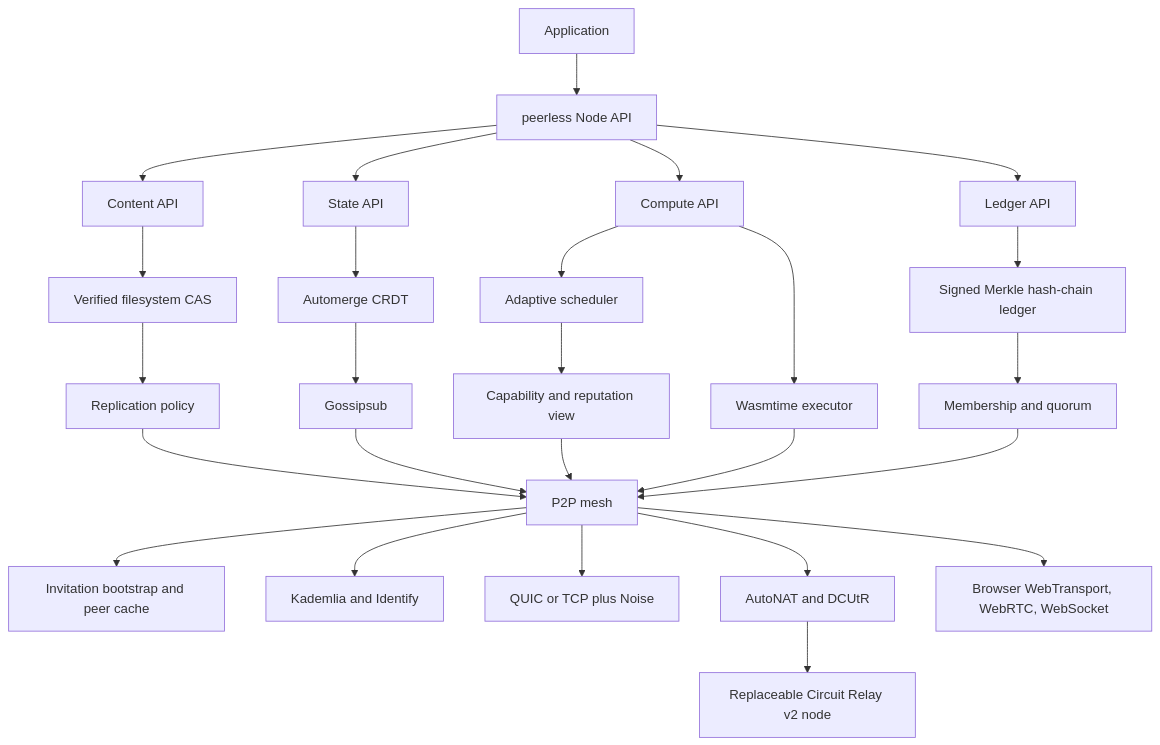
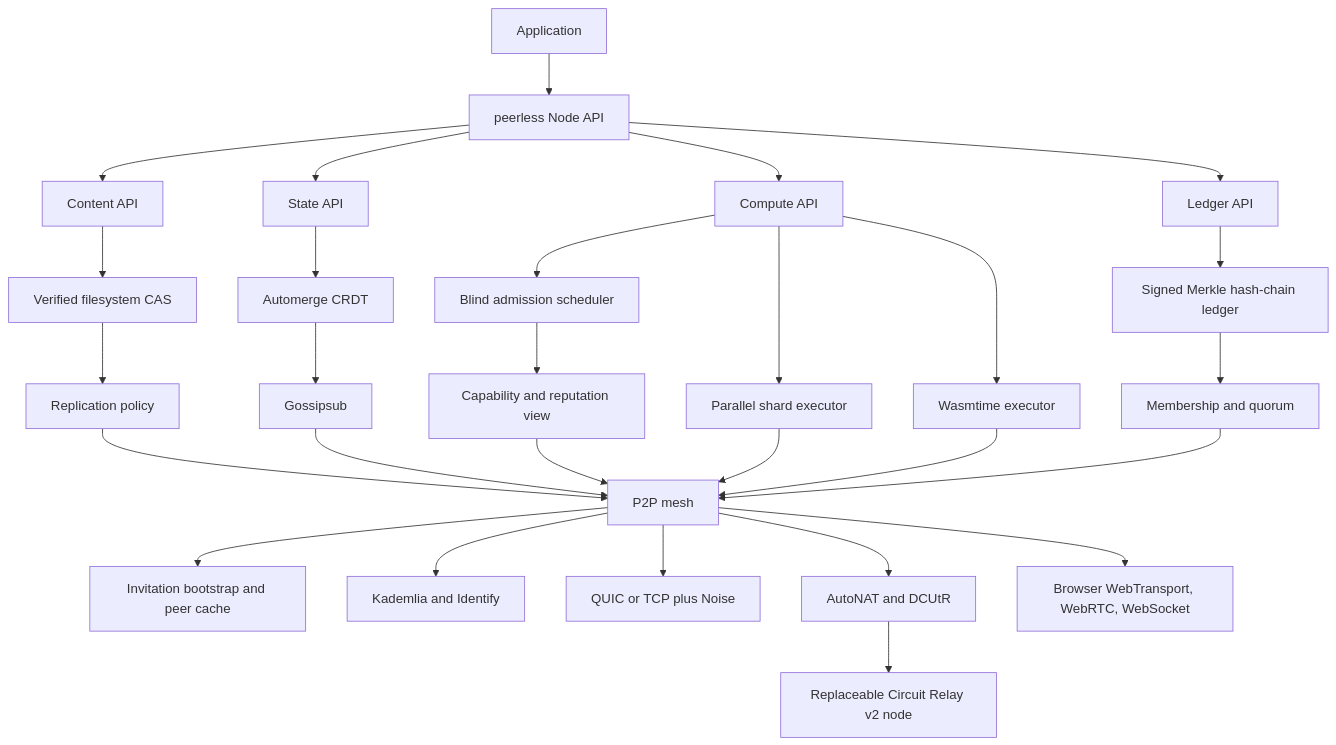
The first of 3 diagrams in README.md (reivosar/peerless-sysytem-fw), drawn with Mermaid before and after one commit. The commit also changed other lines of this file and 6 other files, not shown here.

```diff
--- a/README.md
+++ b/README.md
@@ -58,28 +60,30 @@
 ~~~mermaid
 flowchart TB
     APP[Application] --> API[peerless Node API]
     API --> CONTENT[Content API]
     API --> STATE[State API]
     API --> COMPUTE[Compute API]
     API --> AUDIT[Ledger API]
     CONTENT --> CAS[Verified filesystem CAS]
     STATE --> CRDT[Automerge CRDT]
-    COMPUTE --> SCHED[Adaptive scheduler]
+    COMPUTE --> SCHED[Blind admission scheduler]
+    COMPUTE --> SHARD[Parallel shard executor]
     COMPUTE --> WASM[Wasmtime executor]
     AUDIT --> LEDGER[Signed Merkle hash-chain ledger]
     CAS --> REPL[Replication policy]
     CRDT --> GOSSIP[Gossipsub]
     SCHED --> CAP[Capability and reputation view]
+    SHARD --> MESH
     LEDGER --> QUORUM[Membership and quorum]
     REPL --> MESH[P2P mesh]
     GOSSIP --> MESH
     CAP --> MESH
     QUORUM --> MESH
     WASM --> MESH
     MESH --> BOOT[Invitation bootstrap and peer cache]
     MESH --> WAN[Kademlia and Identify]
     MESH --> DIRECT[QUIC or TCP plus Noise]
     MESH --> NAT[AutoNAT and DCUtR]
     NAT --> RELAY[Replaceable Circuit Relay v2 node]
     MESH --> BROWSER[Browser WebTransport, WebRTC, WebSocket]
 ~~~
```
